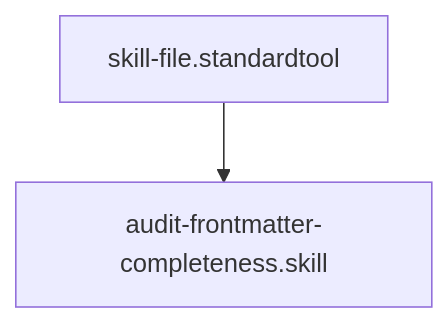
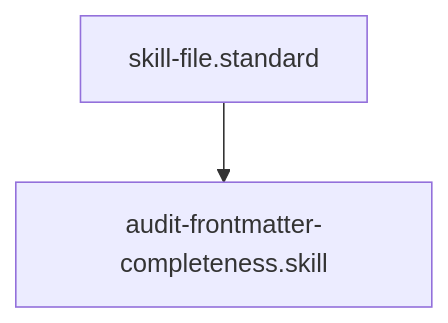
One commit to Gizmo4Life/ai-kernel changed the diagram in skills/audit-frontmatter-completeness.skill.md. Above: the diagram before and after it, drawn with Mermaid. The commit also changed other lines of this file and 89 other files, not shown here.

````diff
--- a/skills/audit-frontmatter-completeness.skill.md
+++ b/skills/audit-frontmatter-completeness.skill.md
@@ -27,4 +28,4 @@
 ```mermaid
 graph TD
-    skill-file.standardtool --> audit-frontmatter-completeness.skill
+    skill-file.standard --> audit-frontmatter-completeness.skill
 ```
````
